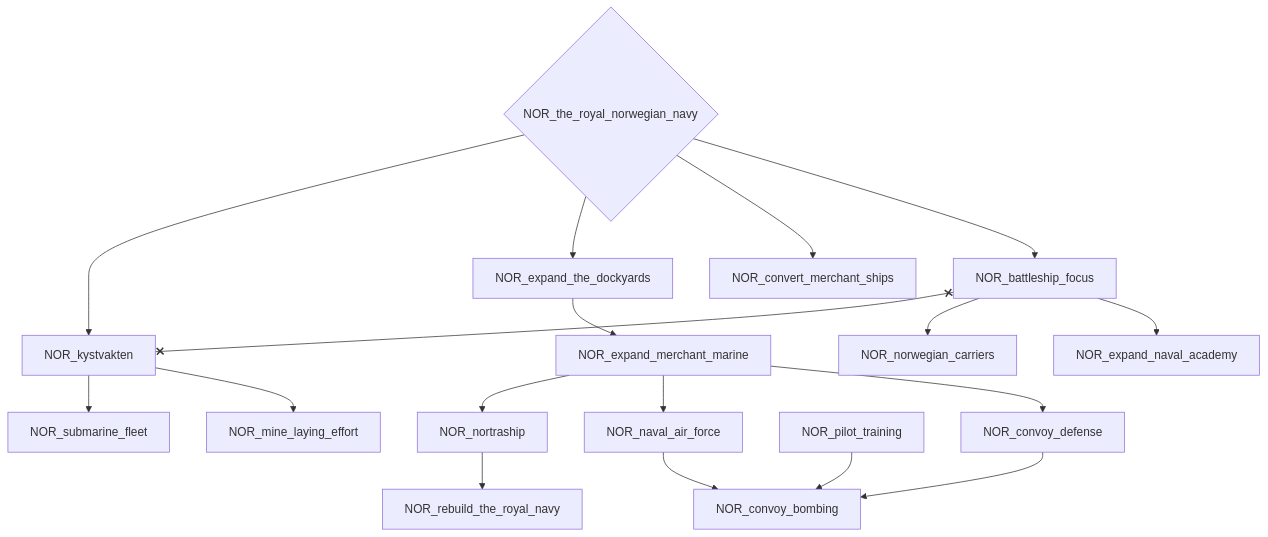
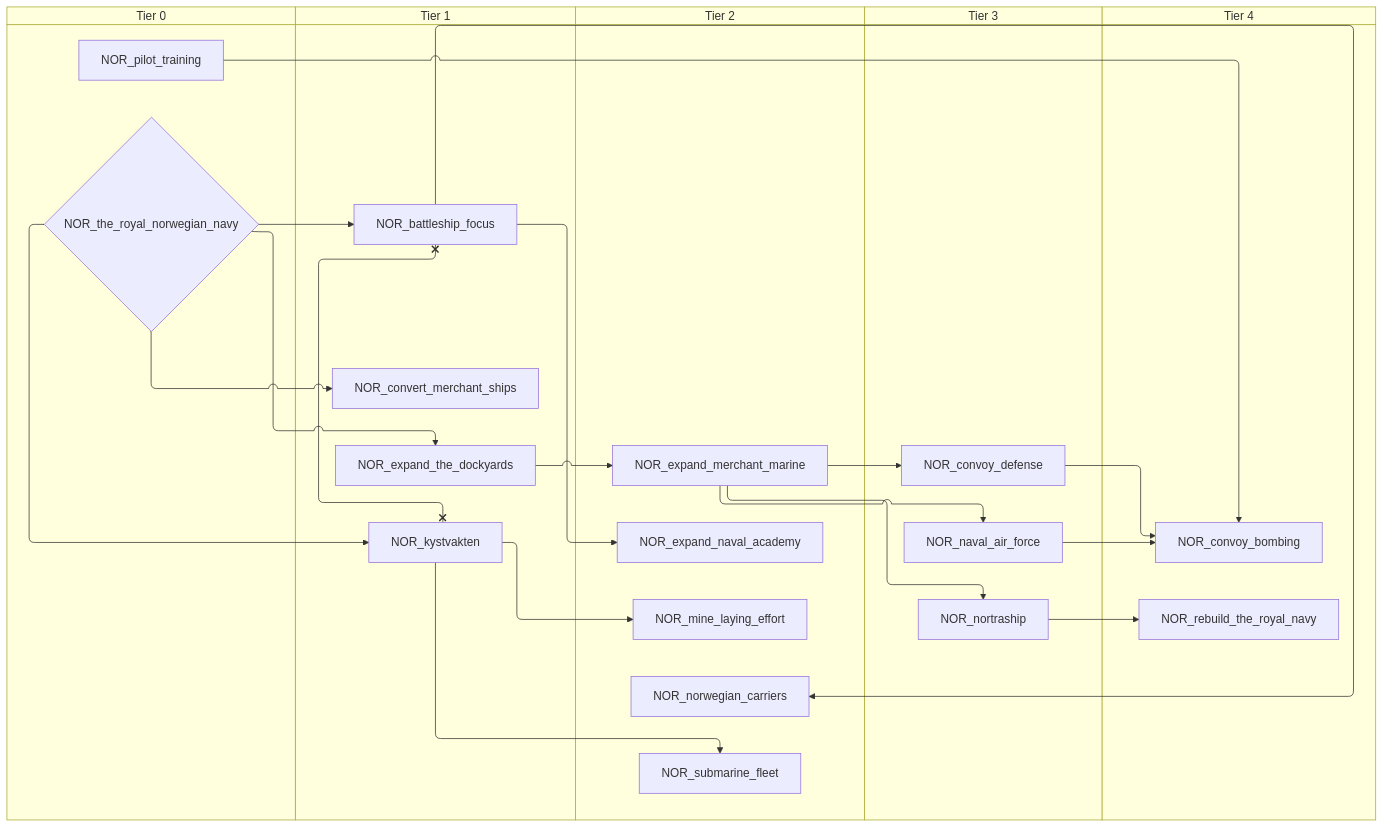
Before and after one commit to evgeny-sobol/hoi4-sandbox-mode-r56: the sixth of 8 diagrams in docs/gdd/National Focuses/r56/norway.md, drawn with Mermaid. The commit also changed other lines of this file and 423 other files, not shown here.

First line of the commit message:
Re-export Rt56 focus trees as swimlane diagrams

````diff
--- a/docs/gdd/National Focuses/r56/norway.md
+++ b/docs/gdd/National Focuses/r56/norway.md
@@ -413,36 +483,46 @@
 ```mermaid
-flowchart TD
-    n153["NOR_battleship_focus"]
-    n154["NOR_convert_merchant_ships"]
-    n132["NOR_convoy_bombing"]
-    n133["NOR_convoy_defense"]
-    n155["NOR_expand_merchant_marine"]
-    n156["NOR_expand_naval_academy"]
-    n157["NOR_expand_the_dockyards"]
-    n158["NOR_kystvakten"]
-    n159["NOR_mine_laying_effort"]
-    n136["NOR_naval_air_force"]
-    n160["NOR_nortraship"]
-    n161["NOR_norwegian_carriers"]
-    n137["NOR_pilot_training"]
-    n162["NOR_rebuild_the_royal_navy"]
-    n163["NOR_submarine_fleet"]
-    n164{"NOR_the_royal_norwegian_navy"}
-    n164 --> n153
-    n164 --> n154
-    n136 --> n132
-    n133 --> n132
-    n137 --> n132
-    n155 --> n133
-    n157 --> n155
+swimlane-beta TD
+    subgraph tier_0["Tier 0"]
+        n135["NOR_pilot_training"]
+        n153{"NOR_the_royal_norwegian_navy"}
+    end
+    subgraph tier_1["Tier 1"]
+        n154["NOR_battleship_focus"]
+        n155["NOR_convert_merchant_ships"]
+        n156["NOR_expand_the_dockyards"]
+        n157["NOR_kystvakten"]
+    end
+    subgraph tier_2["Tier 2"]
+        n158["NOR_expand_merchant_marine"]
+        n159["NOR_expand_naval_academy"]
+        n160["NOR_mine_laying_effort"]
+        n161["NOR_norwegian_carriers"]
+        n162["NOR_submarine_fleet"]
+    end
+    subgraph tier_3["Tier 3"]
+        n131["NOR_convoy_defense"]
+        n133["NOR_naval_air_force"]
+        n163["NOR_nortraship"]
+    end
+    subgraph tier_4["Tier 4"]
+        n137["NOR_convoy_bombing"]
+        n164["NOR_rebuild_the_royal_navy"]
+    end
+    n153 --> n154
+    n153 --> n155
+    n133 --> n137
+    n131 --> n137
+    n135 --> n137
+    n158 --> n131
+    n156 --> n158
+    n154 --> n159
     n153 --> n156
-    n164 --> n157
-    n164 --> n158
-    n158 --> n159
-    n155 --> n136
-    n155 --> n160
-    n153 --> n161
-    n160 --> n162
+    n153 --> n157
+    n157 --> n160
+    n158 --> n133
     n158 --> n163
-    n153 x--x n158
+    n154 --> n161
+    n163 --> n164
+    n157 --> n162
+    n154 x--x n157
 ```
````
